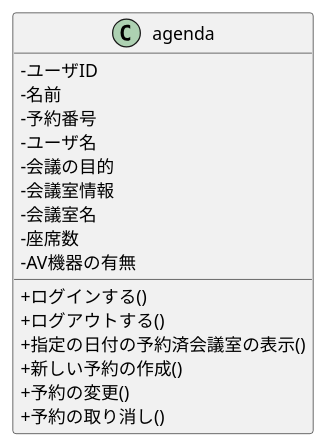
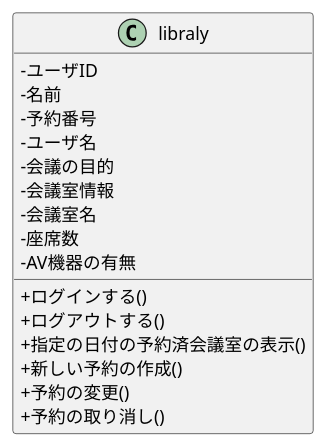
Before and after one commit to ghbuser12/ohara_uml: the diagram in 03_4_agenda_apointment/class.pu, drawn with PlantUML. The commit also changed 4 other files, not shown here.

```diff
--- a/03_4_agenda_apointment/class.pu
+++ b/03_4_agenda_apointment/class.pu
@@ -1,20 +1,20 @@
 @startuml .
 skinparam classAttributeIconSize 0
-class agenda {
+class libraly {
 -ユーザID
 -名前
 -予約番号
 -ユーザ名
 -会議の目的
 -会議室情報
 -会議室名
 -座席数
 -AV機器の有無
 +ログインする()
 +ログアウトする()
 +指定の日付の予約済会議室の表示()
 +新しい予約の作成()
 +予約の変更()
 +予約の取り消し()
 }
 @enduml
```
